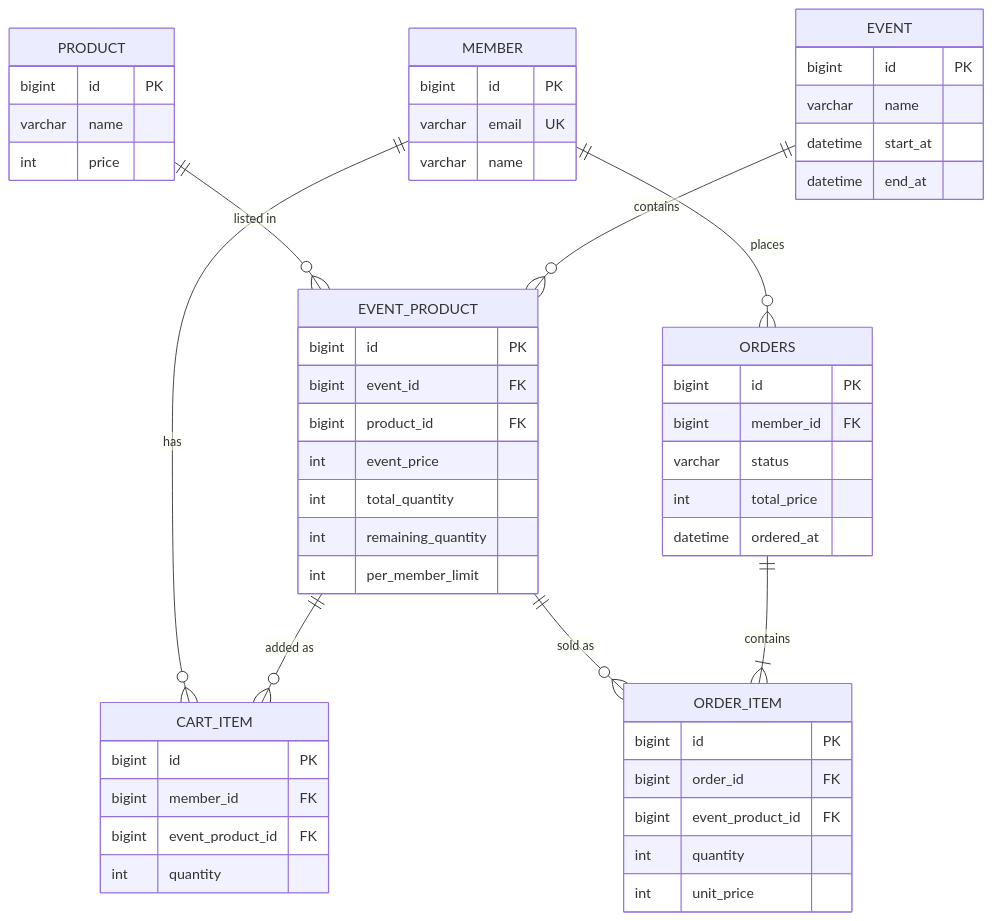
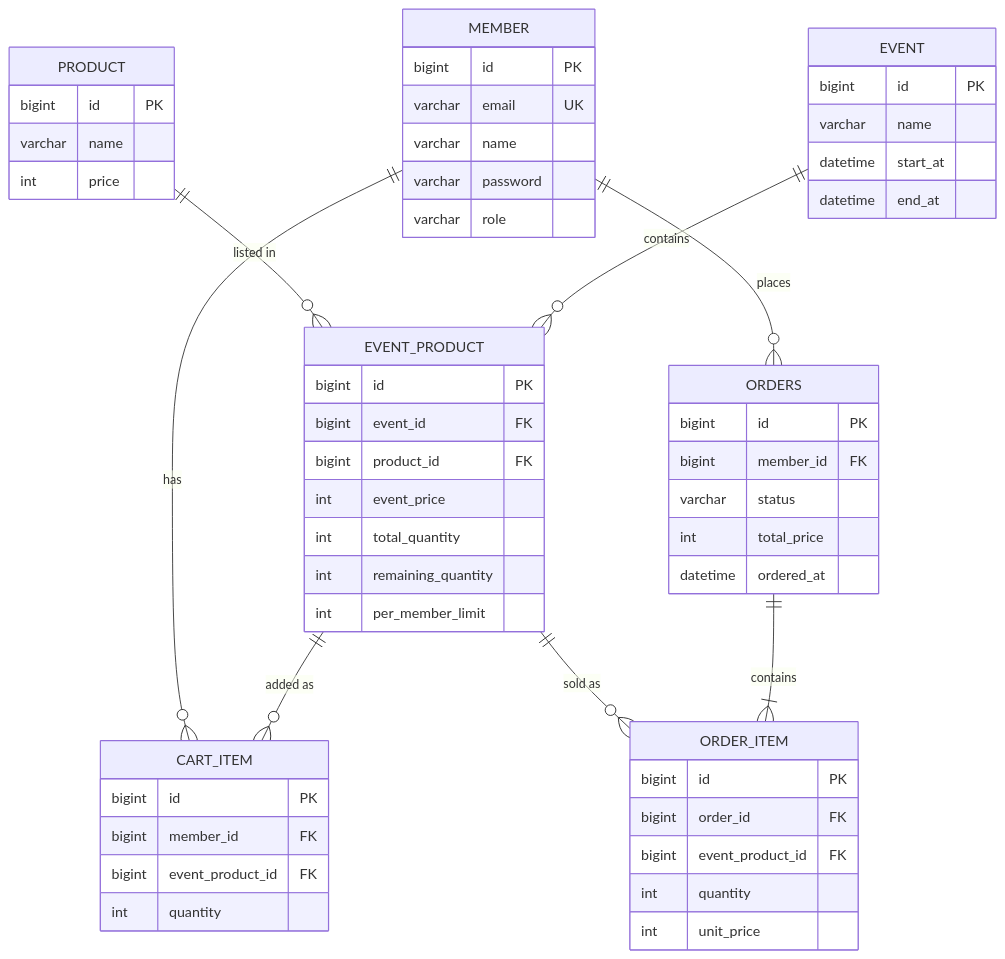
One commit to myeongjin123/eventCart changed the diagram in docs/DESIGN.md. Above: the diagram before and after it, drawn with Mermaid. The commit also changed other lines of this file and 1 other file, not shown here.

````diff
--- a/docs/DESIGN.md
+++ b/docs/DESIGN.md
@@ -52,42 +52,44 @@
 ```mermaid
 erDiagram
     MEMBER ||--o{ CART_ITEM : has
     MEMBER ||--o{ ORDERS : places
     PRODUCT ||--o{ EVENT_PRODUCT : "listed in"
     EVENT ||--o{ EVENT_PRODUCT : contains
     EVENT_PRODUCT ||--o{ CART_ITEM : "added as"
     EVENT_PRODUCT ||--o{ ORDER_ITEM : "sold as"
     ORDERS ||--|{ ORDER_ITEM : contains
 
     MEMBER { bigint id PK
              varchar email UK
-             varchar name }
+             varchar name
+             varchar password
+             varchar role }
     PRODUCT { bigint id PK
               varchar name
               int price }
     EVENT { bigint id PK
             varchar name
             datetime start_at
             datetime end_at }
     EVENT_PRODUCT { bigint id PK
                     bigint event_id FK
                     bigint product_id FK
                     int event_price
                     int total_quantity
                     int remaining_quantity
                     int per_member_limit }
     CART_ITEM { bigint id PK
                 bigint member_id FK
                 bigint event_product_id FK
                 int quantity }
     ORDERS { bigint id PK
              bigint member_id FK
              varchar status
              int total_price
              datetime ordered_at }
     ORDER_ITEM { bigint id PK
                  bigint order_id FK
                  bigint event_product_id FK
                  int quantity
                  int unit_price }
 ```
````
